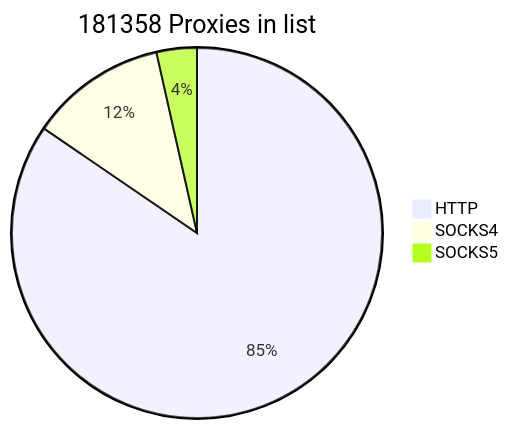
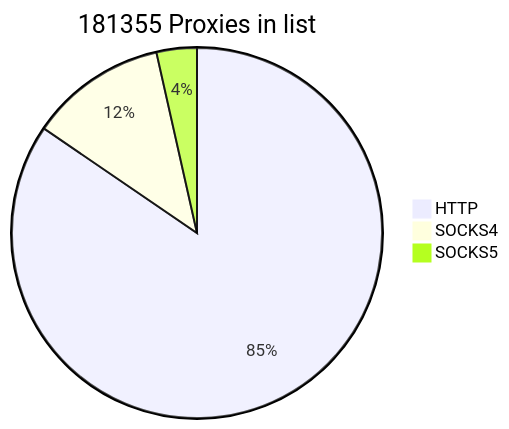
One commit to cutipu/proxylist changed the first of 2 diagrams in README.md. Above: the diagram before and after it, drawn with Mermaid. The commit also changed other lines of this file, not shown here.

````diff
--- a/README.md
+++ b/README.md
@@ -2,7 +2,7 @@
 ```mermaid
-pie title 181358 Proxies in list
-    "HTTP" : 153312
+pie title 181355 Proxies in list
+    "HTTP" : 153309
     "SOCKS4" : 21663
     "SOCKS5" : 6383
             
 ```
````
